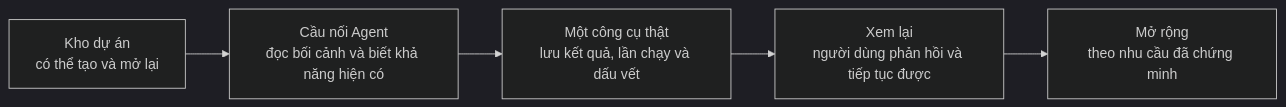
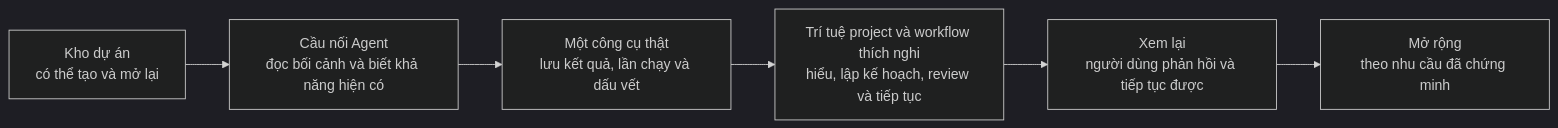
One commit to padduwcs/PADStudio changed the second of 2 diagrams in docs/build/PADSTUDIO-BUILD-OUTLINE.md. Above: the diagram before and after it, drawn with Mermaid (dark theme). The commit also changed other lines of this file and 1 other file, not shown here.

Commit message:
docs: define adaptive workflow direction

````diff
--- a/docs/build/PADSTUDIO-BUILD-OUTLINE.md
+++ b/docs/build/PADSTUDIO-BUILD-OUTLINE.md
@@ -139,10 +166,11 @@
 ```mermaid
 flowchart LR
     A[Kho dự án<br/>có thể tạo và mở lại]
     B[Cầu nối Agent<br/>đọc bối cảnh và biết khả năng hiện có]
     C[Một công cụ thật<br/>lưu kết quả, lần chạy và dấu vết]
-    D[Xem lại<br/>người dùng phản hồi và tiếp tục được]
-    E[Mở rộng<br/>theo nhu cầu đã chứng minh]
+    D[Trí tuệ project và workflow thích nghi<br/>hiểu, lập kế hoạch, review và tiếp tục]
+    E[Xem lại<br/>người dùng phản hồi và tiếp tục được]
+    F[Mở rộng<br/>theo nhu cầu đã chứng minh]
 
-    A --> B --> C --> D --> E
+    A --> B --> C --> D --> E --> F
 ```
````
